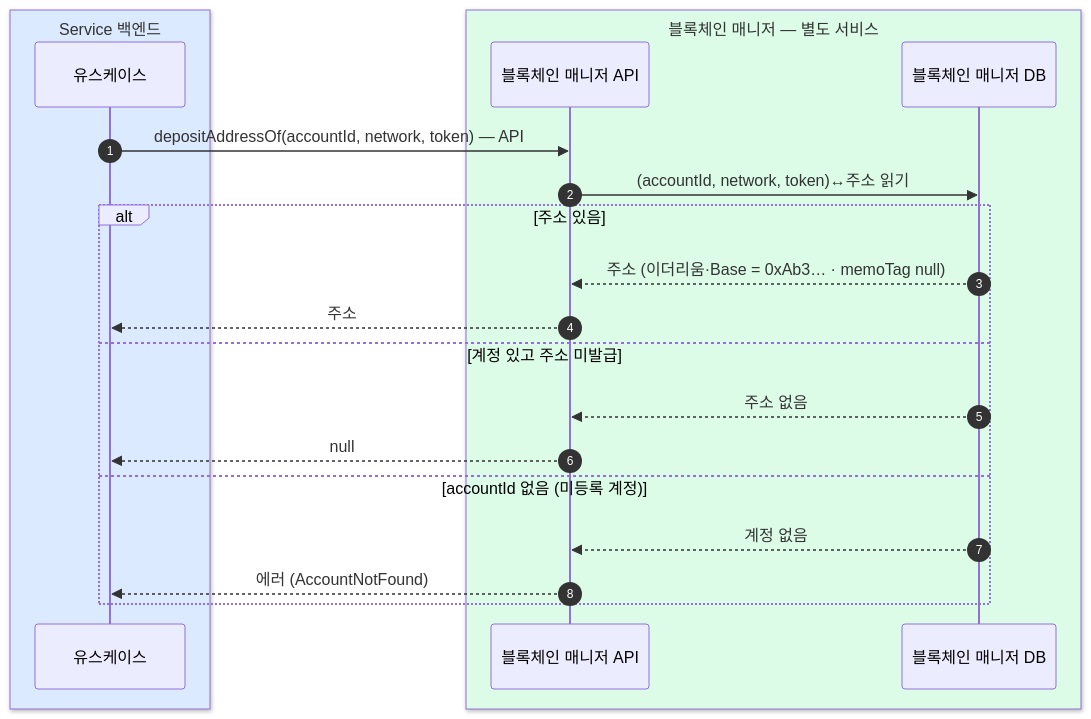
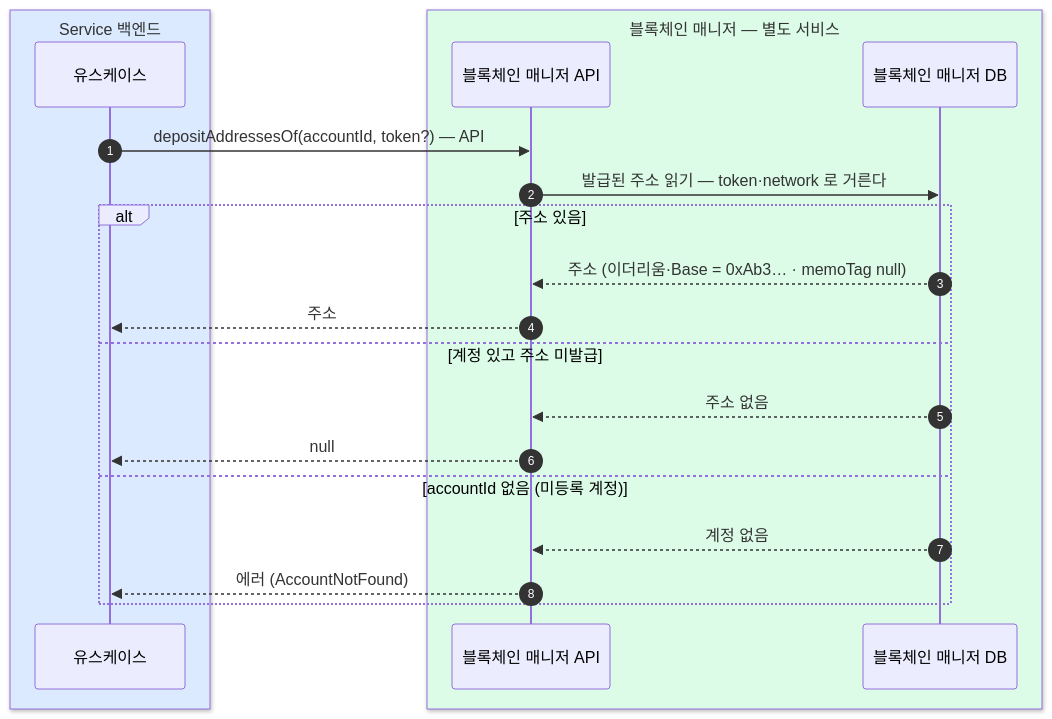
Before and after one commit to eunsujeo/eunpus: the diagram in blockchain-manager/docs/블록체인매니저/설계/03-address-of.md, drawn with Mermaid. The commit also changed other lines of this file and 13 other files, not shown here.

````diff
--- a/blockchain-manager/docs/블록체인매니저/설계/03-address-of.md
+++ b/blockchain-manager/docs/블록체인매니저/설계/03-address-of.md
@@ -18,24 +18,24 @@
 ```mermaid
 sequenceDiagram
     autonumber
     box rgb(219,234,254) Service 백엔드
     participant BE as 유스케이스
     end
     box rgb(220,252,231) 블록체인 매니저 — 별도 서비스
     participant BM as 블록체인 매니저 API
     participant MDB as 블록체인 매니저 DB
     end
 
-    BE->>BM: depositAddressOf(accountId, network, token) — API
-    BM->>MDB: (accountId, network, token)↔주소 읽기
+    BE->>BM: depositAddressesOf(accountId, token?) — API
+    BM->>MDB: 발급된 주소 읽기 — token·network 로 거른다
     alt 주소 있음
         MDB-->>BM: 주소 (이더리움·Base = 0xAb3… · memoTag null)
         BM-->>BE: 주소
     else 계정 있고 주소 미발급
         MDB-->>BM: 주소 없음
         BM-->>BE: null
     else accountId 없음 (미등록 계정)
         MDB-->>BM: 계정 없음
         BM-->>BE: 에러 (AccountNotFound)
     end
 ```
````
